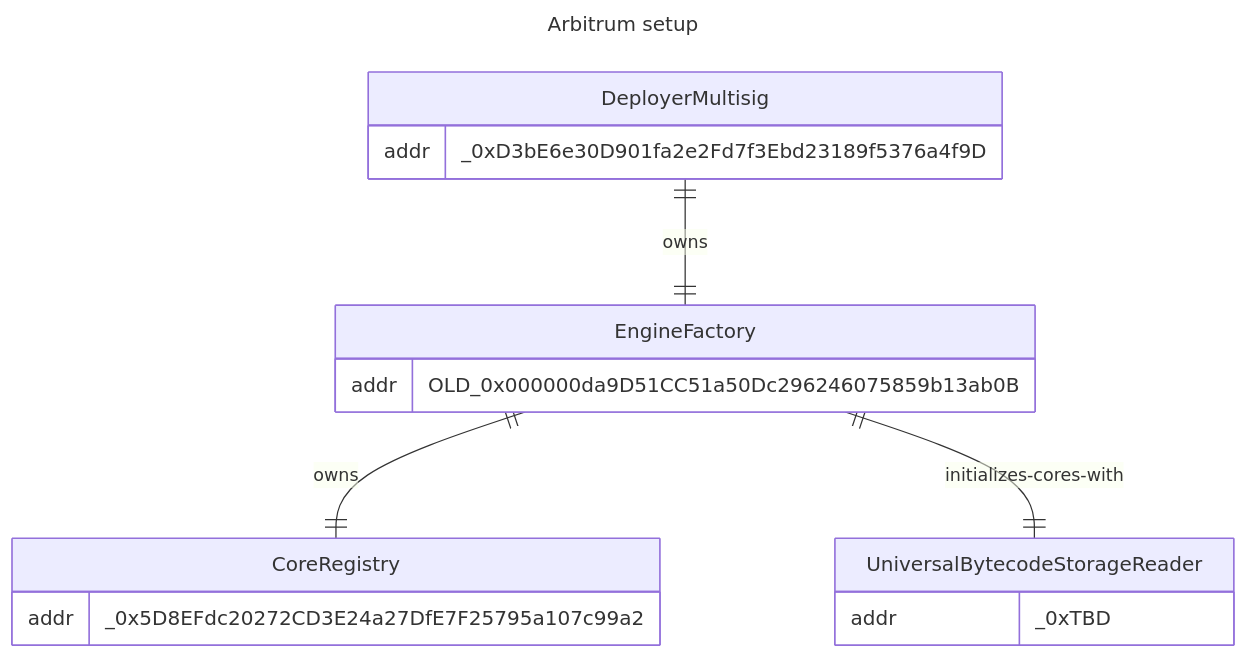
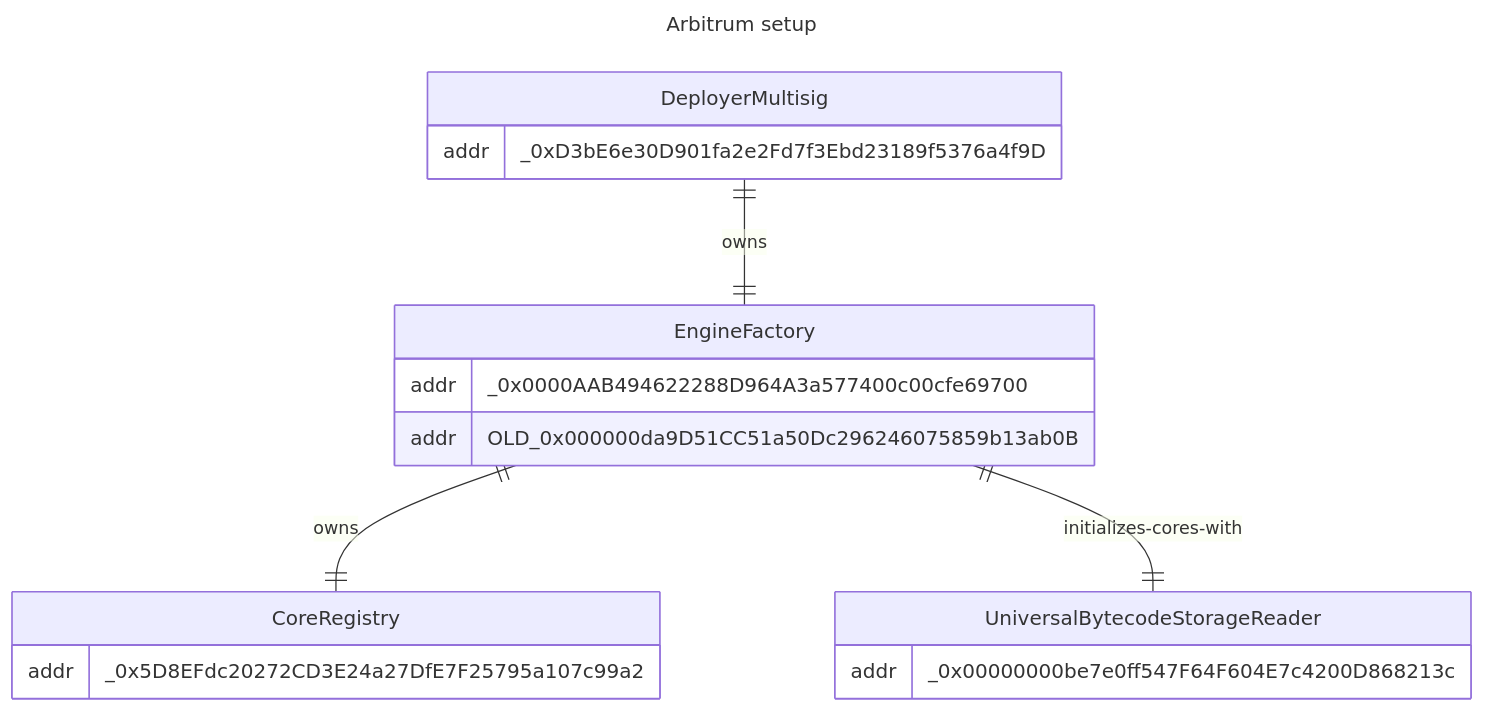
The second of 4 diagrams in packages/contracts/INFRASTRUCTURE.md (void-smith660/artblocks-contracts), drawn with Mermaid before and after one commit. The commit also changed other lines of this file and 9 other files, not shown here.

````diff
--- a/packages/contracts/INFRASTRUCTURE.md
+++ b/packages/contracts/INFRASTRUCTURE.md
@@ -52,21 +53,22 @@
 ```mermaid
 ---
 title: Arbitrum setup
 ---
 erDiagram
     DeployerMultisig ||--|| EngineFactory : owns
     EngineFactory ||--|| CoreRegistry : owns
     EngineFactory ||--|| UniversalBytecodeStorageReader : initializes-cores-with
     DeployerMultisig {
         addr _0xD3bE6e30D901fa2e2Fd7f3Ebd23189f5376a4f9D
     }
     EngineFactory {
+        addr _0x0000AAB494622288D964A3a577400c00cfe69700
         addr OLD_0x000000da9D51CC51a50Dc296246075859b13ab0B
     }
     CoreRegistry {
         addr _0x5D8EFdc20272CD3E24a27DfE7F25795a107c99a2
     }
     UniversalBytecodeStorageReader {
-        addr _0xTBD
+        addr _0x00000000be7e0ff547F64F604E7c4200D868213c
     }
 ```
````
